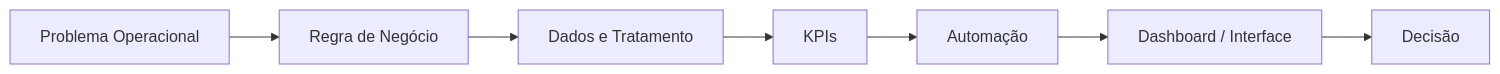
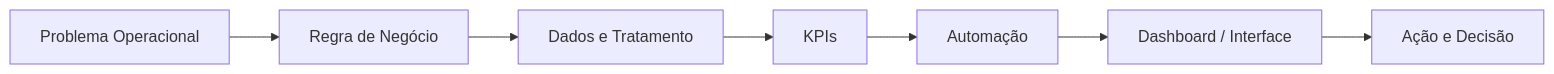
Before and after one commit to Flash0102/Flash0102: the diagram in README.md, drawn with Mermaid. The commit also changed other lines of this file and 9 other files, not shown here.

````diff
--- a/README.md
+++ b/README.md
@@ -39,9 +44,9 @@
 ```mermaid
 flowchart LR
     A[Problema Operacional] --> B[Regra de Negócio]
     B --> C[Dados e Tratamento]
     C --> D[KPIs]
     D --> E[Automação]
     E --> F[Dashboard / Interface]
-    F --> G[Decisão]
+    F --> G[Ação e Decisão]
 ```
````
